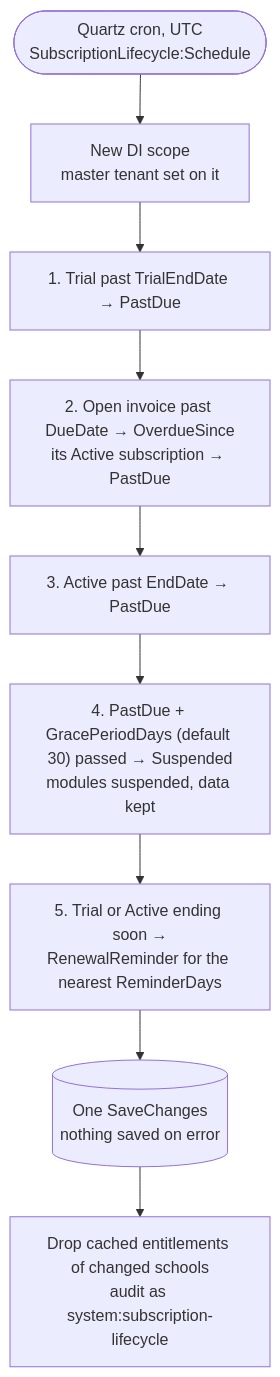
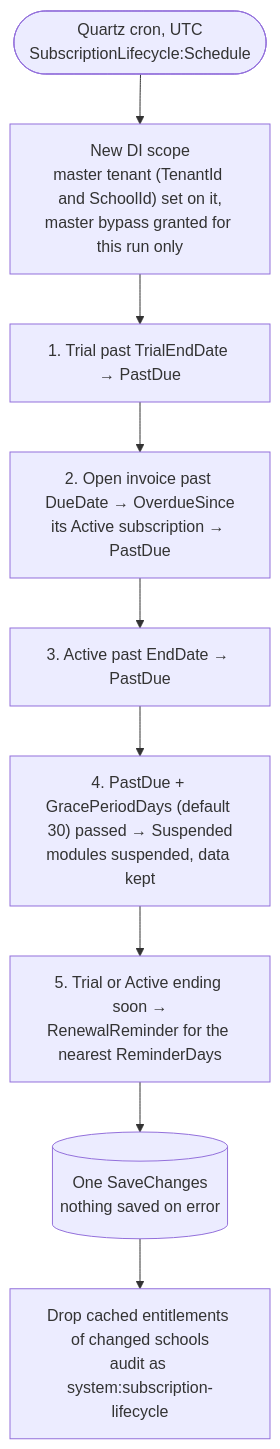
Diagram 19 of 22 in README.md (ahmedshahjr/Education-Portal), drawn with Mermaid before and after one commit. The commit also changed other lines of this file, not shown here.

Commit message:
Update README diagrams for tenant isolation
Claude-Session: https://claude.ai/code/session_01H1DJLomTR3Fmy9xFxcF2PB

````diff
--- a/README.md
+++ b/README.md
@@ -853,11 +853,11 @@
 ```mermaid
 flowchart TB
-    cron(["Quartz cron, UTC<br/>SubscriptionLifecycle:Schedule"]) --> scope["New DI scope<br/>master tenant set on it"]
+    cron(["Quartz cron, UTC<br/>SubscriptionLifecycle:Schedule"]) --> scope["New DI scope<br/>master tenant (TenantId and SchoolId) set on it,<br/>master bypass granted for this run only"]
     scope --> trials["1. Trial past TrialEndDate → PastDue"]
     trials --> invoices["2. Open invoice past DueDate → OverdueSince<br/>its Active subscription → PastDue"]
     invoices --> ended["3. Active past EndDate → PastDue"]
     ended --> suspend["4. PastDue + GracePeriodDays (default 30) passed → Suspended<br/>modules suspended, data kept"]
     suspend --> remind["5. Trial or Active ending soon →<br/>RenewalReminder for the nearest ReminderDays"]
     remind --> save[("One SaveChanges<br/>nothing saved on error")]
     save --> after["Drop cached entitlements of changed schools<br/>audit as system:subscription-lifecycle"]
 ```
````
